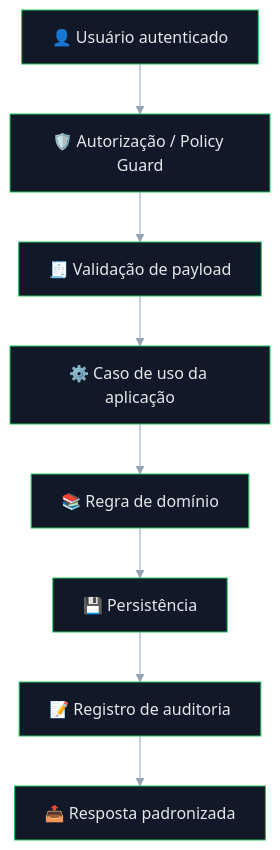
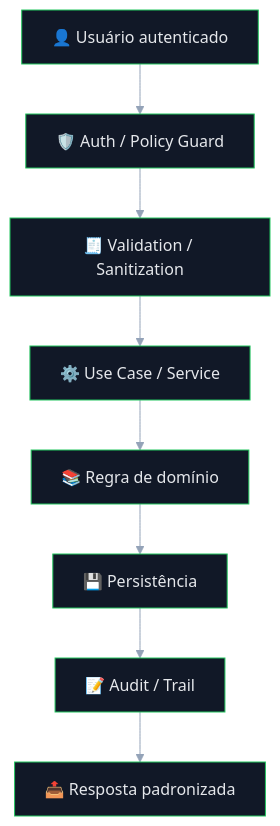
The fourth of 7 diagrams in README.md (matheusdiamantino-betalent/IA), drawn with Mermaid before and after one commit. The commit also changed other lines of this file, not shown here.

````diff
--- a/README.md
+++ b/README.md
@@ -351,24 +644,24 @@
 ```mermaid
 %%{init: {
   "theme": "base",
   "themeVariables": {
     "background": "#0b1220",
     "primaryColor": "#111827",
     "primaryTextColor": "#e5e7eb",
     "primaryBorderColor": "#22c55e",
     "secondaryColor": "#0f172a",
     "secondaryTextColor": "#e5e7eb",
     "tertiaryColor": "#111827",
     "tertiaryTextColor": "#e5e7eb",
     "lineColor": "#94a3b8"
   }
 }}%%
 flowchart TD
-    A["👤 Usuário autenticado"] --> B["🛡️ Autorização / Policy Guard"]
-    B --> C["🧾 Validação de payload"]
-    C --> D["⚙️ Caso de uso da aplicação"]
+    A["👤 Usuário autenticado"] --> B["🛡️ Auth / Policy Guard"]
+    B --> C["🧾 Validation / Sanitization"]
+    C --> D["⚙️ Use Case / Service"]
     D --> E["📚 Regra de domínio"]
     E --> F["💾 Persistência"]
-    F --> G["📝 Registro de auditoria"]
+    F --> G["📝 Audit / Trail"]
     G --> H["📤 Resposta padronizada"]
 ```
````
